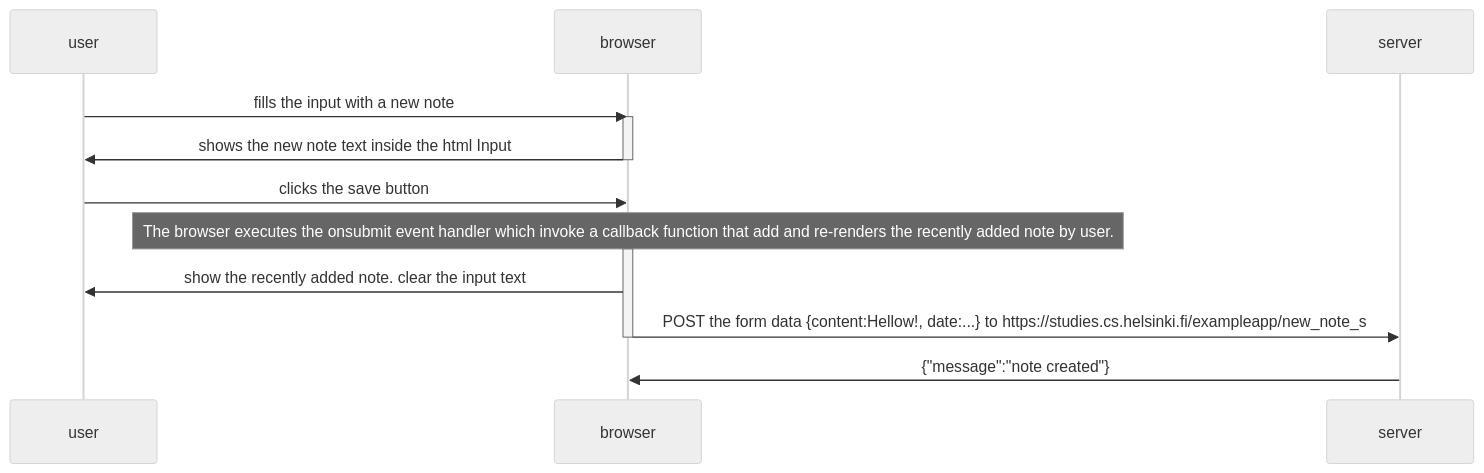
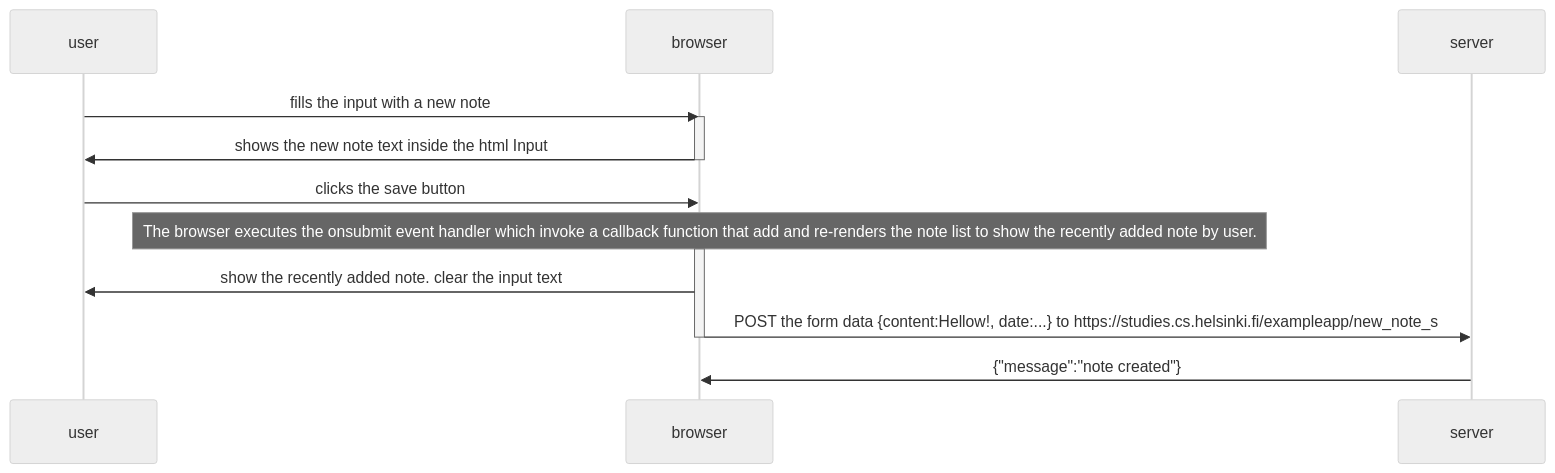
The diagram in part0/0.6/diagram.md (jaimesuarez99/courseFullStackOpen), drawn with Mermaid (neutral theme) before and after one commit.

Commit message:
minor changes

````diff
--- a/part0/0.6/diagram.md
+++ b/part0/0.6/diagram.md
@@ -2,22 +2,21 @@
 ```mermaid
 sequenceDiagram
     participant user
     participant browser
     participant server
 
 
     user->>browser: fills the input with a new note
     activate browser
     browser->>user: shows the new note text inside the html Input
     deactivate browser
 
     user->>browser: clicks the save button
 
-    Note over browser: The browser executes the onsubmit event handler which invoke a callback function that add and re-renders the recently added note by user.
+    Note over browser: The browser executes the onsubmit event handler which invoke a callback function that add and re-renders the note list to show the recently added note by user.
     activate browser
     browser->>user: show the recently added note. clear the input text
     browser->>server: POST the form data {content:Hellow!, date:...} to https://studies.cs.helsinki.fi/exampleapp/new_note_s
     deactivate browser
     server->>browser:  {"message":"note created"}
-
 ```
````
